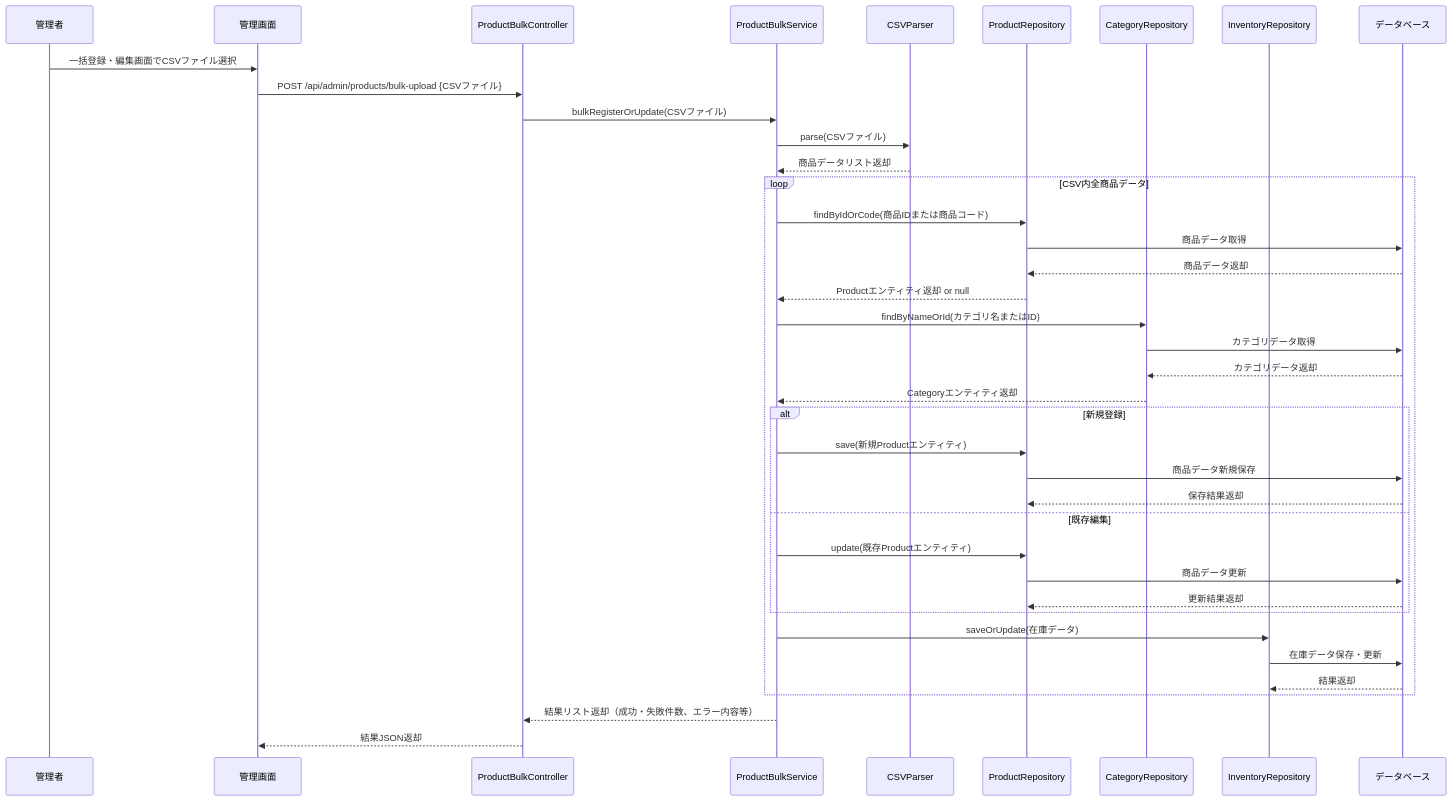
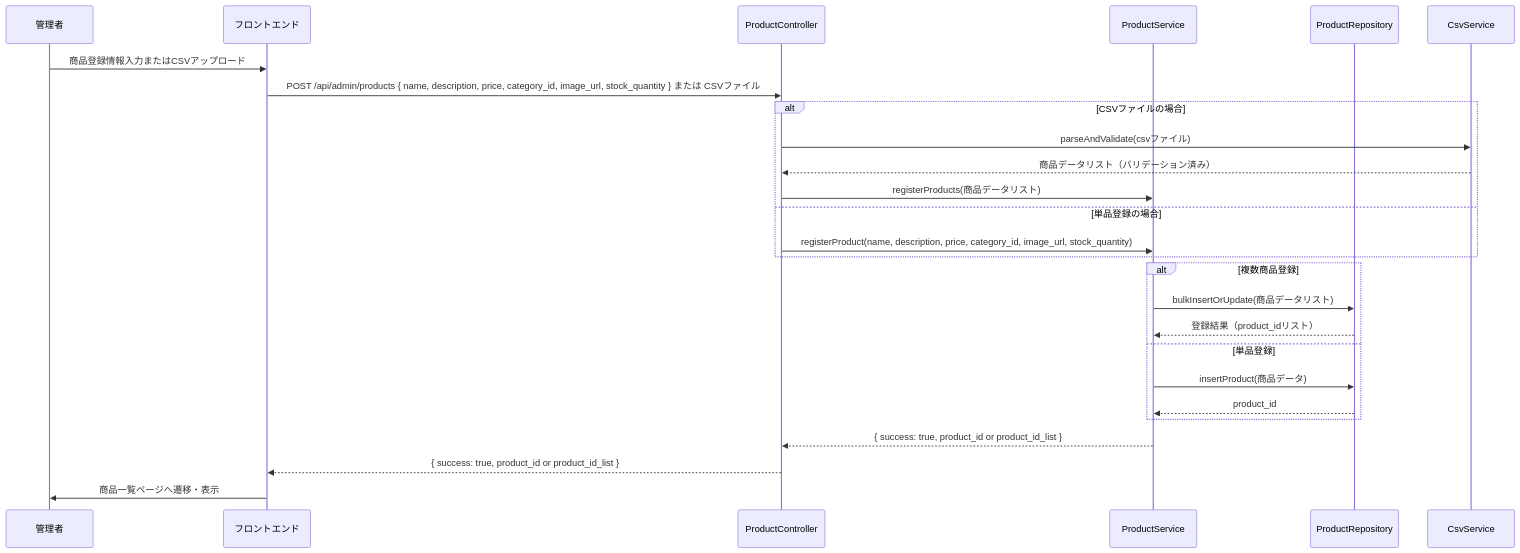
Before and after one commit to Aoi-Yaegashi/teamF: diagram 22 of 39 in 詳細設計/担当B_村田/3.2 機能詳細.md, drawn with Mermaid. The commit also changed other lines of this file and 1 other file, not shown here.

```diff
--- a/詳細設計/担当B_村田/3.2 機能詳細.md
+++ b/詳細設計/担当B_村田/3.2 機能詳細.md
@@ -885,47 +875,42 @@
    <div class="mermaid">
    sequenceDiagram
-    participant AdminUser as 管理者
-    participant AdminBrowser as 管理画面
-    participant ProductBulkController as ProductBulkController
-    participant ProductBulkService as ProductBulkService
-    participant CSVParser as CSVParser
-    participant ProductRepo as ProductRepository
-    participant CategoryRepo as CategoryRepository
-    participant InventoryRepo as InventoryRepository
-    participant DB as データベース
+    participant Admin as 管理者
+    participant FE as フロントエンド
+    participant ProdC as ProductController
+    participant ProdS as ProductService
+    participant ProdRepo as ProductRepository
+    participant CsvS as CsvService
 
-    AdminUser->>AdminBrowser: 一括登録・編集画面でCSVファイル選択
-    AdminBrowser->>ProductBulkController: POST /api/admin/products/bulk-upload {CSVファイル}
-    ProductBulkController->>ProductBulkService: bulkRegisterOrUpdate(CSVファイル)
-    ProductBulkService->>CSVParser: parse(CSVファイル)
-    CSVParser-->>ProductBulkService: 商品データリスト返却
+    %% 1. 管理者が商品登録画面でCSVファイルをアップロード
+    Admin->>FE: 商品登録情報入力またはCSVアップロード
 
-    loop CSV内全商品データ
-        ProductBulkService->>ProductRepo: findByIdOrCode(商品IDまたは商品コード)
-        ProductRepo->>DB: 商品データ取得
-        DB-->>ProductRepo: 商品データ返却
-        ProductRepo-->>ProductBulkService: Productエンティティ返却 or null
+    %% 2. フロントエンドがAPI呼び出し
+    FE->>ProdC: POST /api/admin/products { name, description, price, category_id, image_url, stock_quantity } または CSVファイル
 
-        ProductBulkService->>CategoryRepo: findByNameOrId(カテゴリ名またはID)
-        CategoryRepo->>DB: カテゴリデータ取得
-        DB-->>CategoryRepo: カテゴリデータ返却
-        CategoryRepo-->>ProductBulkService: Categoryエンティティ返却
-
-        alt 新規登録
-            ProductBulkService->>ProductRepo: save(新規Productエンティティ)
-            ProductRepo->>DB: 商品データ新規保存
-            DB-->>ProductRepo: 保存結果返却
-        else 既存編集
-            ProductBulkService->>ProductRepo: update(既存Productエンティティ)
-            ProductRepo->>DB: 商品データ更新
-            DB-->>ProductRepo: 更新結果返却
-        end
-
-        ProductBulkService->>InventoryRepo: saveOrUpdate(在庫データ)
-        InventoryRepo->>DB: 在庫データ保存・更新
-        DB-->>InventoryRepo: 結果返却
+    %% 3. コントローラがサービスに処理を依頼
+    alt CSVファイルの場合
+        ProdC->>CsvS: parseAndValidate(csvファイル)
+        CsvS-->>ProdC: 商品データリスト（バリデーション済み）
+        ProdC->>ProdS: registerProducts(商品データリスト)
+    else 単品登録の場合
+        ProdC->>ProdS: registerProduct(name, description, price, category_id, image_url, stock_quantity)
     end
 
-    ProductBulkService-->>ProductBulkController: 結果リスト返却（成功・失敗件数、エラー内容等）
-    ProductBulkController-->>AdminBrowser: 結果JSON返却
+    %% 4. サービスがリポジトリに商品登録
+    alt 複数商品登録
+        ProdS->>ProdRepo: bulkInsertOrUpdate(商品データリスト)
+        ProdRepo-->>ProdS: 登録結果（product_idリスト）
+    else 単品登録
+        ProdS->>ProdRepo: insertProduct(商品データ)
+        ProdRepo-->>ProdS: product_id
+    end
+
+    %% 5. サービスがコントローラに返却
+    ProdS-->>ProdC: { success: true, product_id or product_id_list }
+
+    %% 6. コントローラがフロントエンドに返却
+    ProdC-->>FE: { success: true, product_id or product_id_list }
+
+    %% 7. フロントエンドが一覧ページへ遷移
+    FE->>Admin: 商品一覧ページへ遷移・表示
 </div>
```
